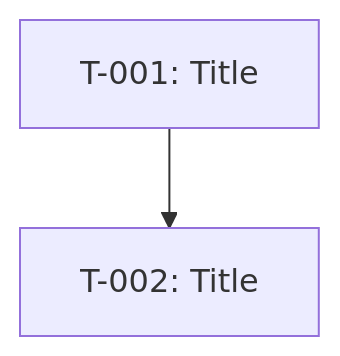
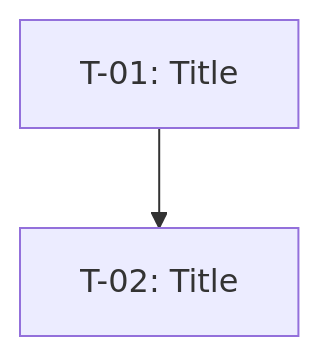
Before and after one commit to rstacruz/agentic-toolkit: the first of 2 diagrams in skill/atk/ralph-prepare/SKILL.md, drawn with Mermaid. The commit also changed other lines of this file, not shown here.

````diff
--- a/skill/atk/ralph-prepare/SKILL.md
+++ b/skill/atk/ralph-prepare/SKILL.md
@@ -37,6 +37,6 @@
 ```mermaid
 graph TD
-    T001["T-001: Title"]
-    T002["T-002: Title"]
+    T001["T-01: Title"]
+    T002["T-02: Title"]
     T001 --> T002
 ```
````
